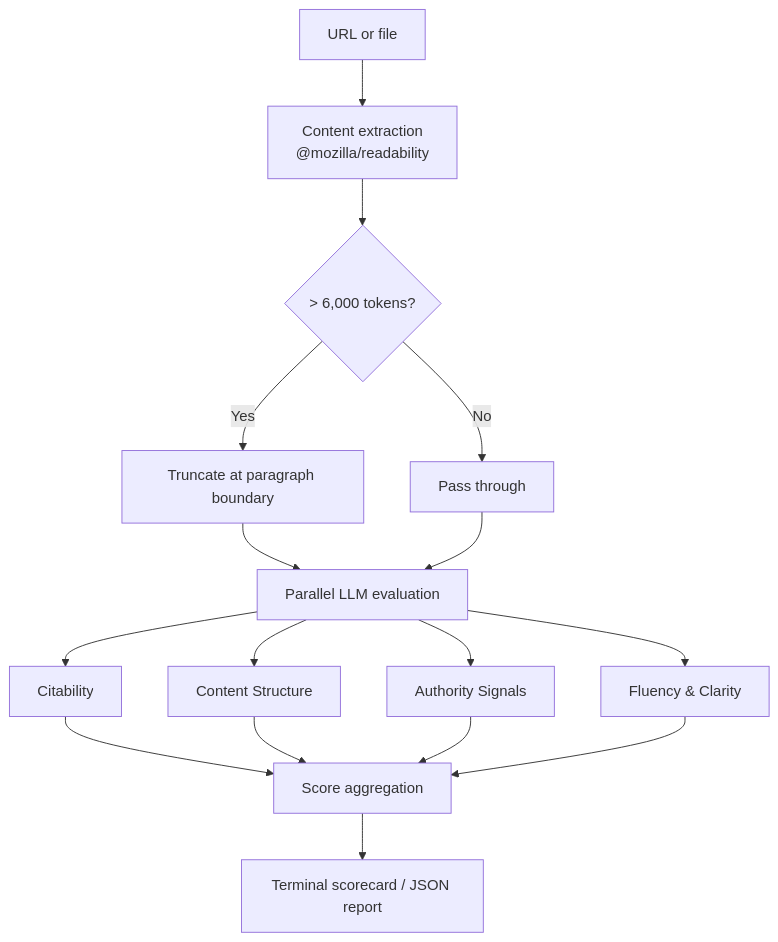
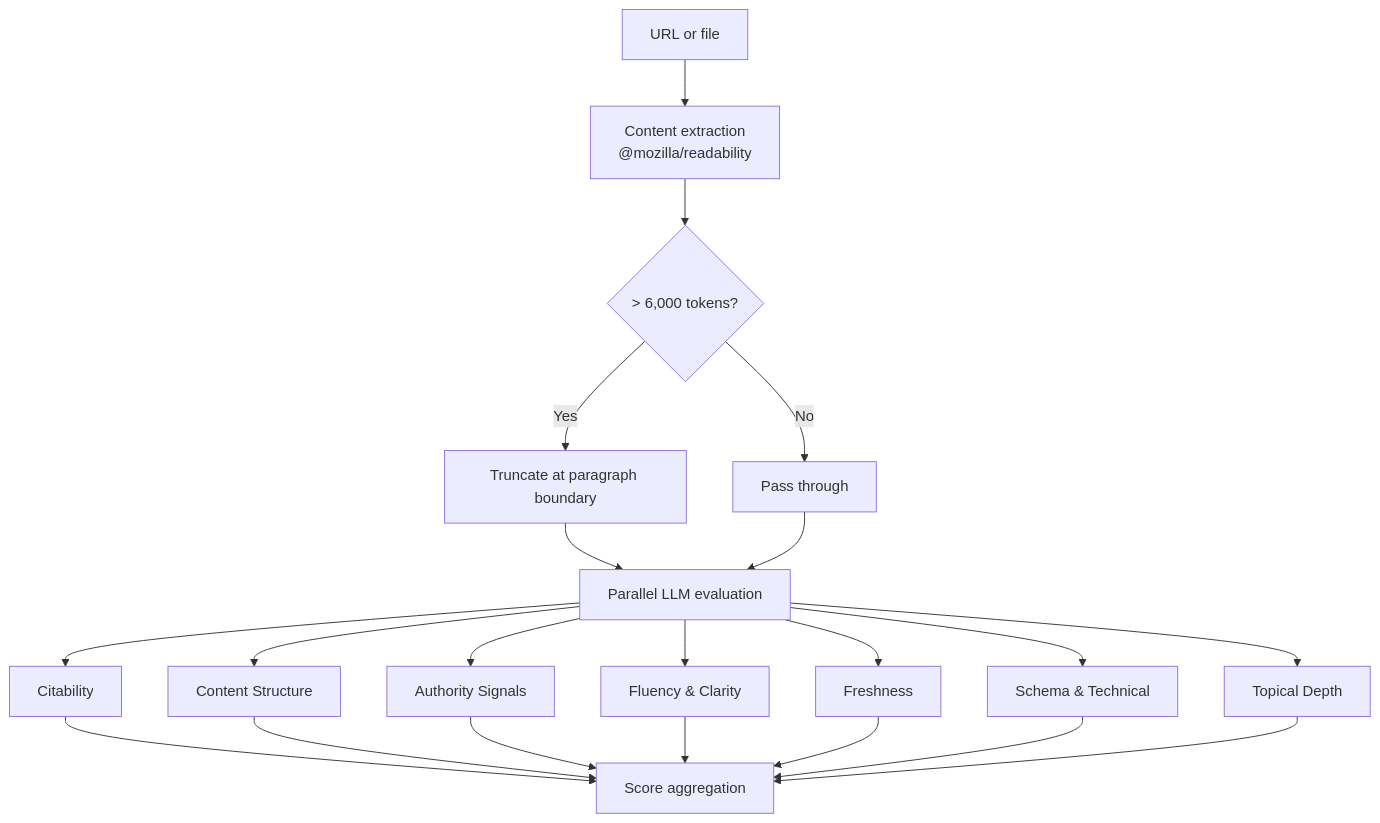
One commit to AnshulDesai/geode changed the diagram in README.md. Above: the diagram before and after it, drawn with Mermaid. The commit also changed other lines of this file, not shown here.

Commit message:
Update README: 7 categories, updated demo output, mermaid diagram, roadmap

````diff
--- a/README.md
+++ b/README.md
@@ -156,18 +162,23 @@
 ```mermaid
 graph TD
     A[URL or file] --> B[Content extraction<br>@mozilla/readability]
     B --> C{> 6,000 tokens?}
     C -->|Yes| D[Truncate at paragraph boundary]
     C -->|No| E[Pass through]
     D --> F
     E --> F[Parallel LLM evaluation]
     F --> G[Citability]
     F --> H[Content Structure]
     F --> I[Authority Signals]
     F --> J[Fluency & Clarity]
+    F --> G2[Freshness]
+    F --> H2[Schema & Technical]
+    F --> I2[Topical Depth]
     G --> K[Score aggregation]
     H --> K
     I --> K
     J --> K
-    K --> L[Terminal scorecard / JSON report]
+    G2 --> K
+    H2 --> K
+    I2 --> K
 ```
````
